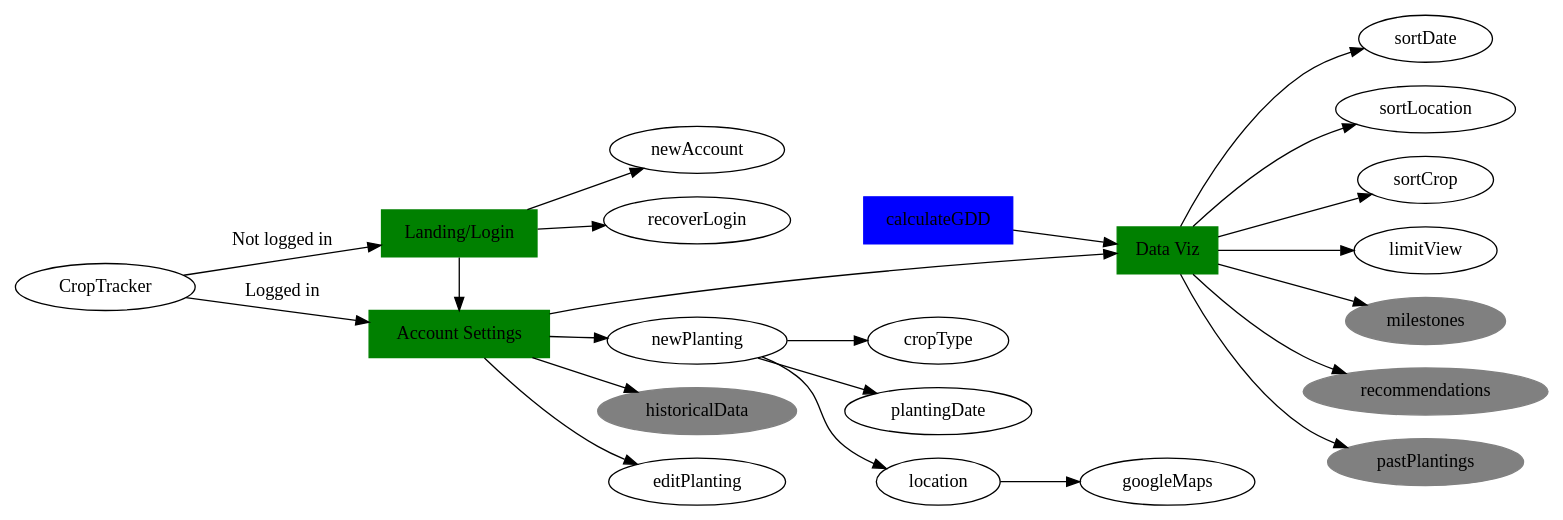
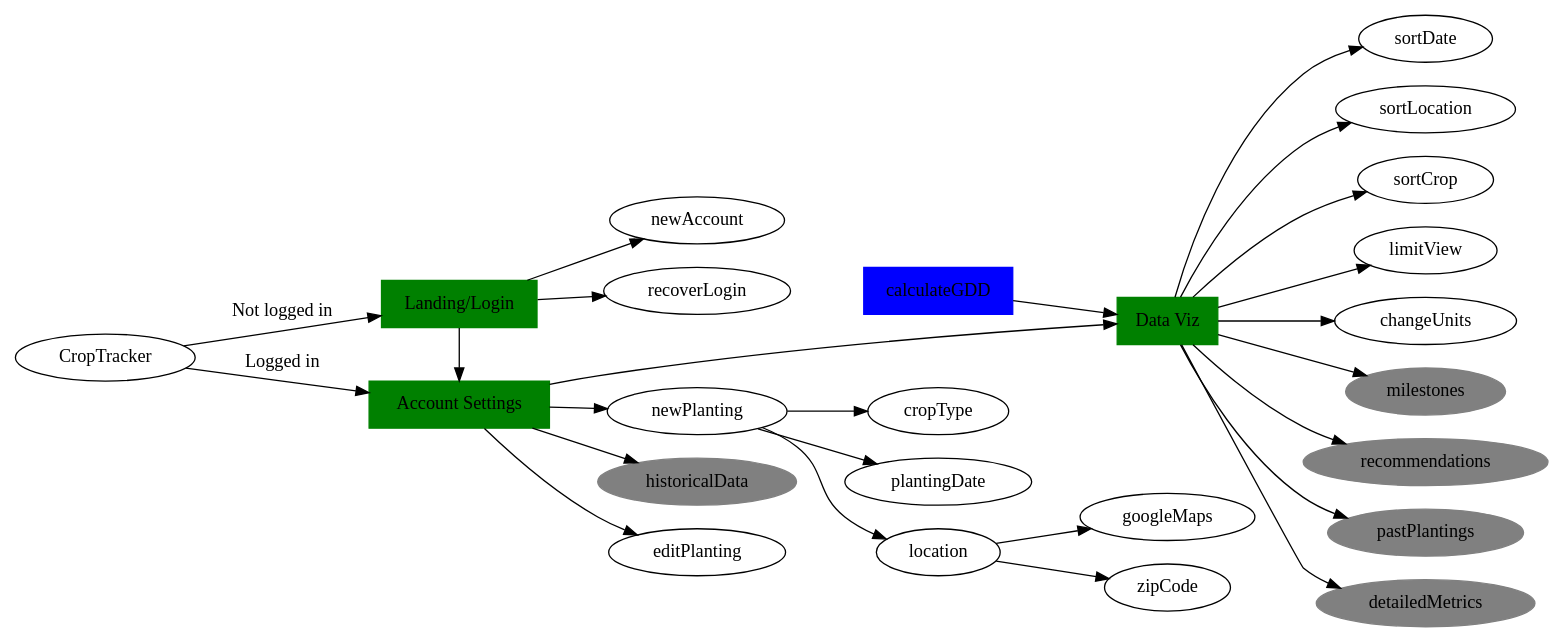
One commit to ChartKillers/CropTracker changed the diagram in UXResources/interaction.dot. Above: the diagram before and after it, drawn with Graphviz. The commit also changed 1 other file, not shown here.

```diff
--- a/UXResources/interaction.dot
+++ b/UXResources/interaction.dot
@@ -1,55 +1,58 @@
 digraph {
 
   rankdir=LR;
   {rank=same;myAccount login};
   {rank=same;googleMaps viewData};
 
   CropTracker;
 
 // Core features (customer facing)
   login [label="Landing/Login", shape=box, style=filled, color=green];
   myAccount [label="Account Settings", shape=box, style=filled, color=green];
   viewData [label="Data Viz", shape=box, style=filled, color=green];
 
 // Core features (backend)
   calculateGDD [shape=box, style=filled, color=blue];
 
 
 // Login specifics
   newAccount;
   recoverLogin;
 
 // Account specifics
   newPlanting;
   plantingDate;
   location;
     googleMaps;
+    zipCode;
   cropType;
   historicalData [style=filled, color=grey];
 
 // Data specifics
   sortDate;
   sortLocation;
   sortCrop;
   limitView;
+  changeUnits;
   milestones [style=filled, color=grey];
   recommendations [style=filled, color=grey];
   pastPlantings [style=filled, color=grey];
+  detailedMetrics [style=filled, color=grey];
 
 // Organization
   CropTracker -> login [label="Not logged in"];
   CropTracker -> myAccount [label="Logged in"];
 
   login -> newAccount, recoverLogin;
 
   login -> myAccount;
 
   myAccount -> newPlanting, editPlanting, historicalData;
   newPlanting -> plantingDate, location, cropType;
-  location -> googleMaps;
+  location -> googleMaps, zipCode;
 
   calculateGDD, myAccount -> viewData;
 
-  viewData -> sortDate, sortLocation, sortCrop, limitView, milestones, recommendations, pastPlantings;
+  viewData -> sortDate, sortLocation, sortCrop, limitView, changeUnits, milestones, recommendations, pastPlantings, detailedMetrics;
 
 }
```
